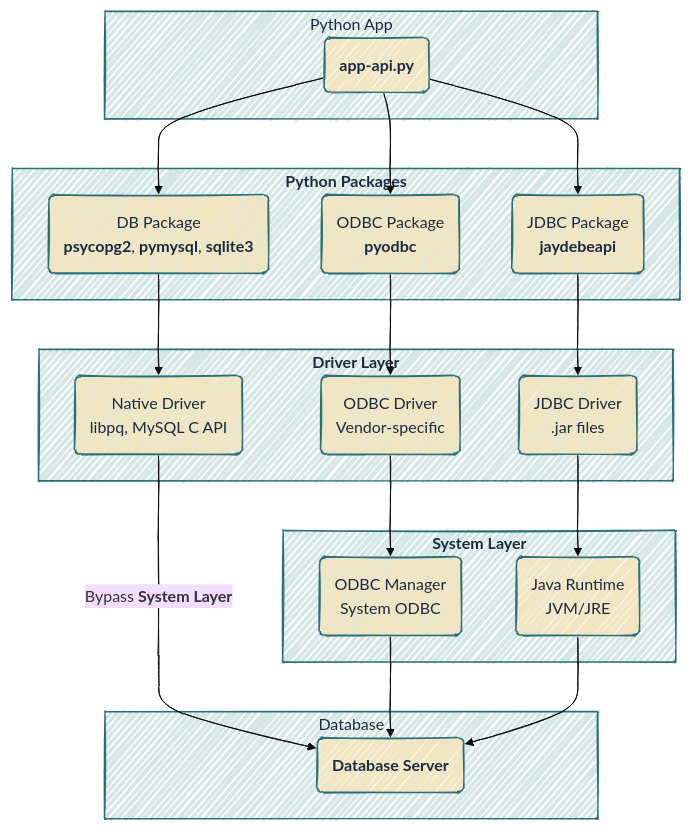
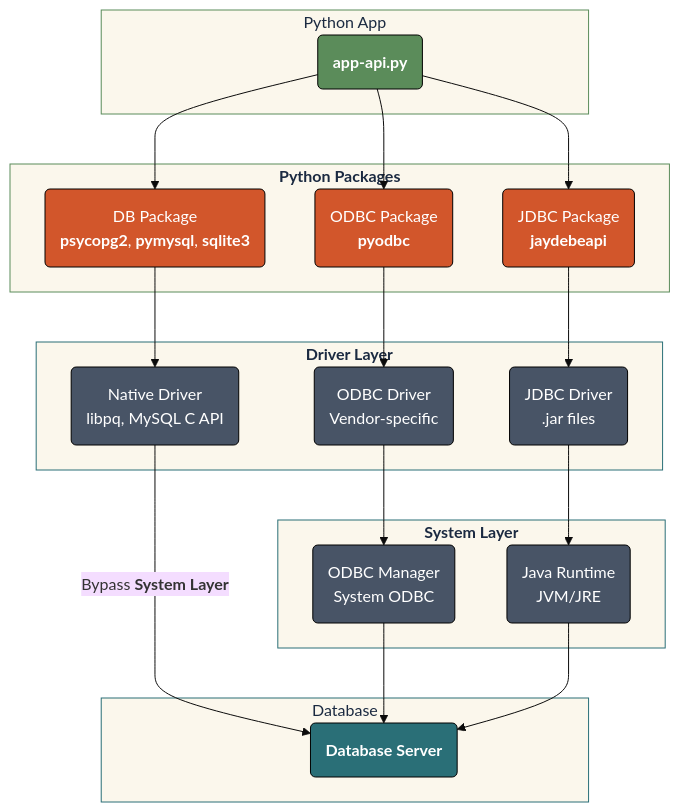
One commit to mjfrigaard/do4ds-labs changed the first of 6 diagrams in lab03.qmd. Above: the diagram before and after it, drawn with Mermaid. The commit also changed other lines of this file and 48 other files, not shown here.

````diff
--- a/lab03.qmd
+++ b/lab03.qmd
@@ -55,64 +55,73 @@
 ```{mermaid}
 %%| fig-cap: 'Python DB Connections'
-%%| fig-align: center
-%%{init: {'theme': 'base', 'look': 'handDrawn', 'themeVariables': {'fontFamily': 'monospace'}}}%%
+%%| fig-align: 'center'
+%%{init: {'theme': 'base', 'themeVariables': {'fontFamily': 'monospace'}}}%%
 
 graph TB
     subgraph PyApp["Python App"]
         PyCode("<strong>app-api.py</strong>")
     end
 
     
     subgraph PyPkg["<strong>Python Packages</strong>"]
         DBPkg("DB Package<br><strong>psycopg2</strong>, <strong>pymysql</strong>, <strong>sqlite3</strong>")
         ODBCPkg("ODBC Package<br><strong>pyodbc</strong>")
         JDBCPkg("JDBC Package<br><strong>jaydebeapi</strong>")
     end
     
     %%% Tints of #35605a
 
     subgraph Driver["<strong>Driver Layer</strong>"]
         NatDrv("Native Driver<br>libpq, MySQL C API")
         ODBCDrv("ODBC Driver<br>Vendor-specific")
         JDBCDrv("JDBC Driver<br>.jar files")
     end
 
     %% Tints of #6b818c
     
     subgraph System["<strong>System Layer</strong>"]
         ODBCSys("ODBC Manager<br>System ODBC")
         JAVASys("Java Runtime<br>JVM/JRE")
     end
 
     %% Tints of #00120b
     
     subgraph DB["Database"]
         DBServ("<strong>Database Server</strong>")
     end
 
     
     %% Direct pathway (bypasses system layer)
     PyCode --> DBPkg
     DBPkg --> NatDrv
     NatDrv --"`Bypass <strong>System Layer</strong>`"--> DBServ
     
     %% ODBC pathway
     PyCode --> ODBCPkg
     ODBCPkg --> ODBCDrv
     ODBCDrv --> ODBCSys
     ODBCSys --> DBServ
     
     %% JDBC pathway
     PyCode --> JDBCPkg
     JDBCPkg --> JDBCDrv
     JDBCDrv --> JAVASys
     JAVASys --> DBServ
-    classDef default fill:#F2E6C2,stroke:#2A6F77,color:#1B2A41
-    style PyApp fill:#d4e7e4,stroke:#2A6F77,color:#1B2A41
-    style PyPkg fill:#d4e7e4,stroke:#2A6F77,color:#1B2A41
-    style Driver fill:#d4e7e4,stroke:#2A6F77,color:#1B2A41
-    style System fill:#d4e7e4,stroke:#2A6F77,color:#1B2A41
-    style DB fill:#d4e7e4,stroke:#2A6F77,color:#1B2A41
+    style PyApp fill:#fbf7ec,stroke:#5B8C5A,color:#1B2A41
+    style PyPkg fill:#fbf7ec,stroke:#5B8C5A,color:#1B2A41
+    style Driver fill:#fbf7ec,stroke:#2A6F77,color:#1B2A41
+    style System fill:#fbf7ec,stroke:#2A6F77,color:#1B2A41
+    style DB fill:#fbf7ec,stroke:#2A6F77,color:#1B2A41
+    style PyCode fill:#5B8C5A,stroke:#000000,stroke-width:1px,color:#ffffff
+    style DBPkg fill:#D2562B,stroke:#000000,stroke-width:1px,color:#ffffff
+    style ODBCPkg fill:#D2562B,stroke:#000000,stroke-width:1px,color:#ffffff
+    style JDBCPkg fill:#D2562B,stroke:#000000,stroke-width:1px,color:#ffffff
+    style NatDrv fill:#485466,stroke:#000000,stroke-width:1px,color:#ffffff
+    style ODBCDrv fill:#485466,stroke:#000000,stroke-width:1px,color:#ffffff
+    style JDBCDrv fill:#485466,stroke:#000000,stroke-width:1px,color:#ffffff
+    style ODBCSys fill:#485466,stroke:#000000,stroke-width:1px,color:#ffffff
+    style JAVASys fill:#485466,stroke:#000000,stroke-width:1px,color:#ffffff
+    style DBServ fill:#2A6F77,stroke:#000000,stroke-width:1px,color:#ffffff
     
 
 ```
````
